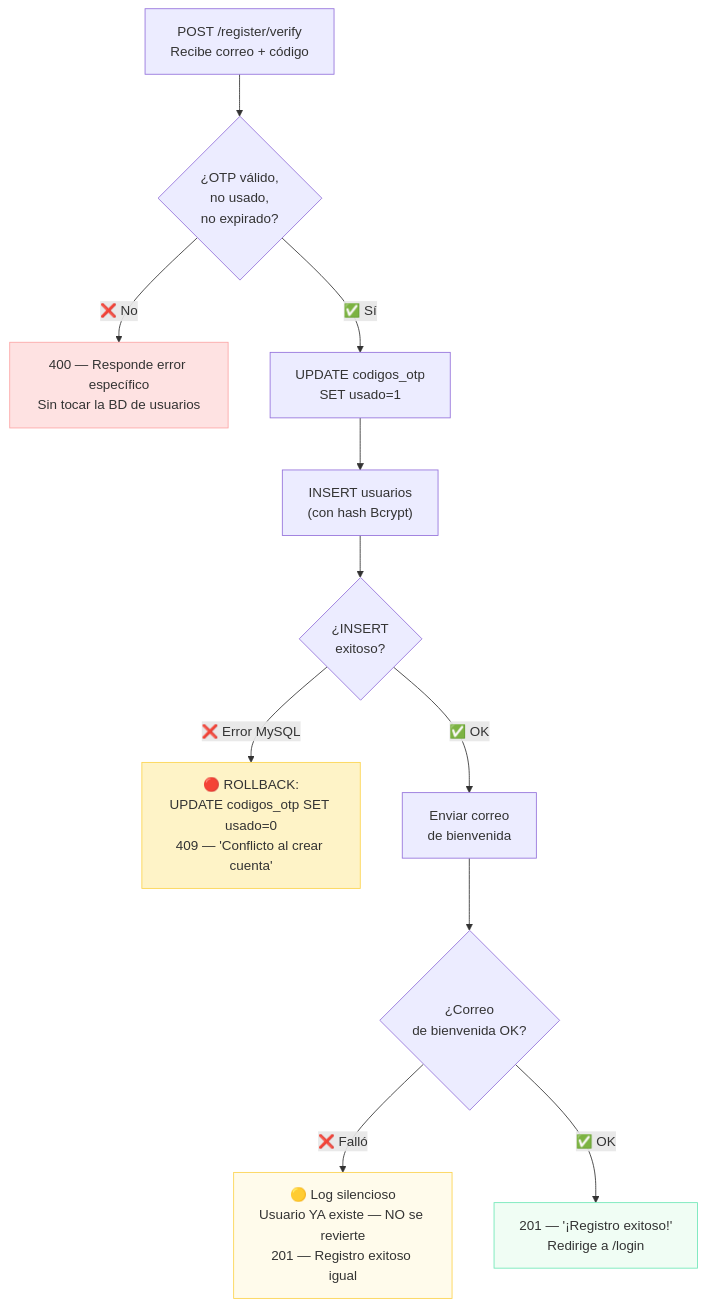
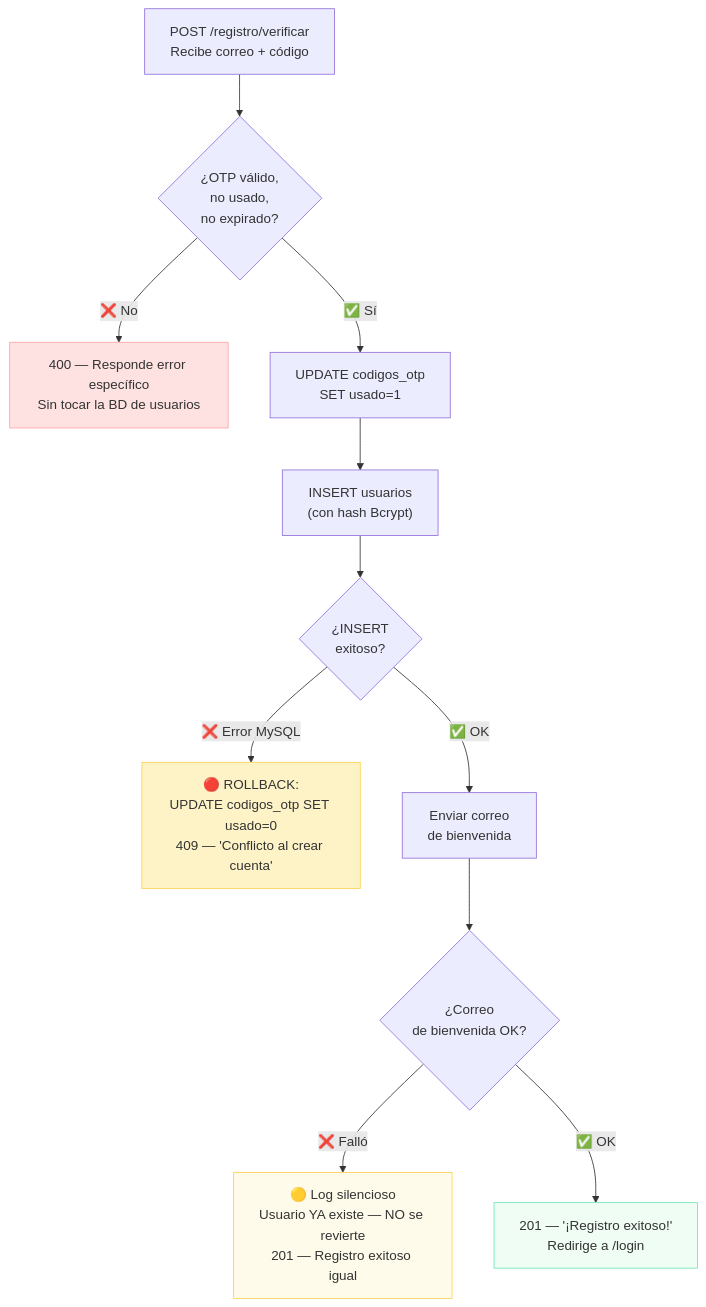
One commit to arturomiranda/ds-qs changed the fifth of 6 diagrams in web/modules/registro/Registro_Plan.md. Above: the diagram before and after it, drawn with Mermaid. The commit also changed other lines of this file and 6 other files, not shown here.

````diff
--- a/web/modules/registro/Registro_Plan.md
+++ b/web/modules/registro/Registro_Plan.md
@@ -557,18 +557,18 @@
 ```mermaid
 flowchart TD
-    A["POST /register/verify<br/>Recibe correo + código"] --> B{"¿OTP válido,<br/>no usado,<br/>no expirado?"}
+    A["POST /registro/verificar<br/>Recibe correo + código"] --> B{"¿OTP válido,<br/>no usado,<br/>no expirado?"}
     B -->|"❌ No"| B1["400 — Responde error específico<br/>Sin tocar la BD de usuarios"]
     B -->|"✅ Sí"| C["UPDATE codigos_otp<br/>SET usado=1"]
     C --> D["INSERT usuarios<br/>(con hash Bcrypt)"]
     D --> E{"¿INSERT<br/>exitoso?"}
     E -->|"❌ Error MySQL"| E1["🔴 ROLLBACK:<br/>UPDATE codigos_otp SET usado=0<br/>409 — 'Conflicto al crear cuenta'"]
     E -->|"✅ OK"| F["Enviar correo<br/>de bienvenida"]
     F --> G{"¿Correo<br/>de bienvenida OK?"}
     G -->|"❌ Falló"| G1["🟡 Log silencioso<br/>Usuario YA existe — NO se revierte<br/>201 — Registro exitoso igual"]
     G -->|"✅ OK"| H["201 — '¡Registro exitoso!'<br/>Redirige a /login"]
 
     style B1 fill:#FEE2E2,stroke:#FCA5A5
     style E1 fill:#FEF3C7,stroke:#FCD34D
     style G1 fill:#FFFBEB,stroke:#FCD34D
     style H fill:#F0FDF4,stroke:#6EE7B7
 ```
````
